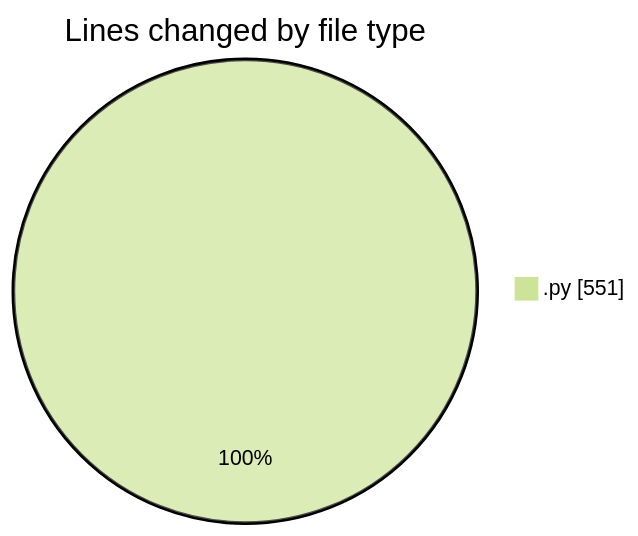
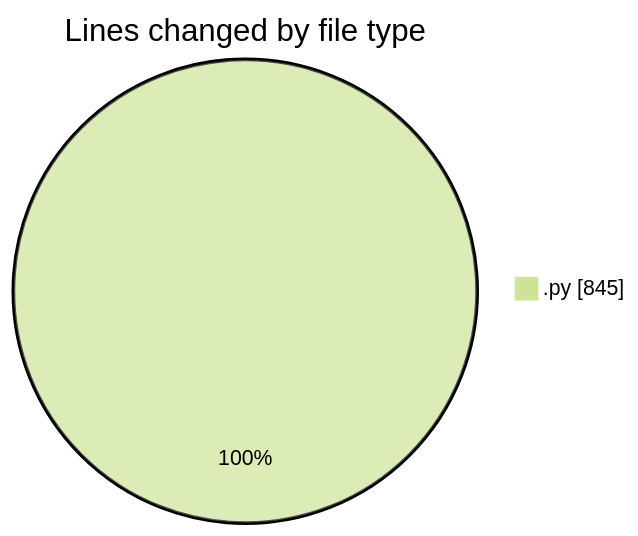
One commit to julien-gomy/code-tracking changed the first of 2 diagrams in 2025-10-09/eventscop-api-guide__workspace_/README.md. Above: the diagram before and after it, drawn with Mermaid (forest theme). The commit also changed other lines of this file and 1 other file, not shown here.

````diff
--- a/2025-10-09/eventscop-api-guide__workspace_/README.md
+++ b/2025-10-09/eventscop-api-guide__workspace_/README.md
@@ -20,5 +21,5 @@
 ```mermaid
 pie showData
 title Lines changed by file type
-".py" : 551
+".py" : 845
 ```
````
